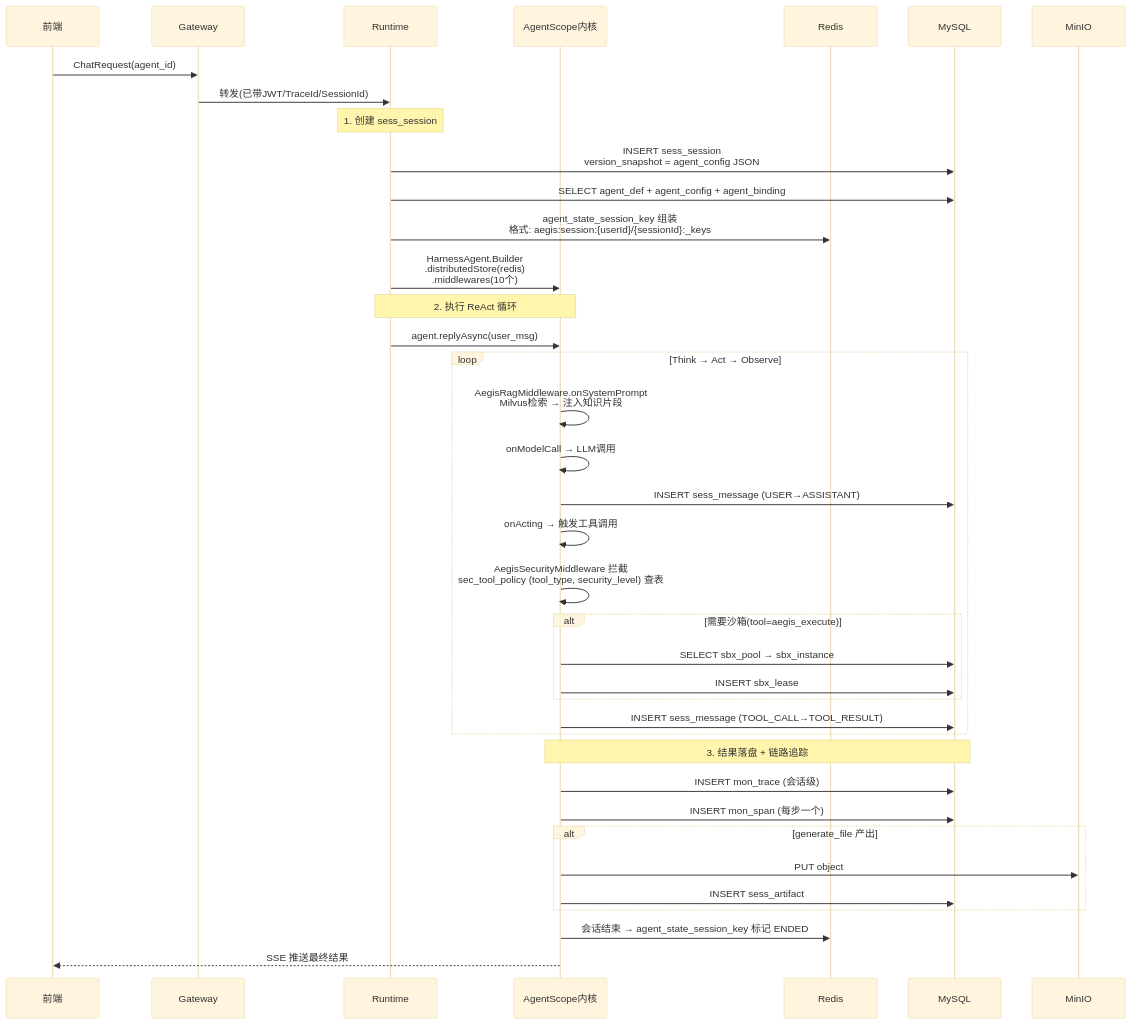
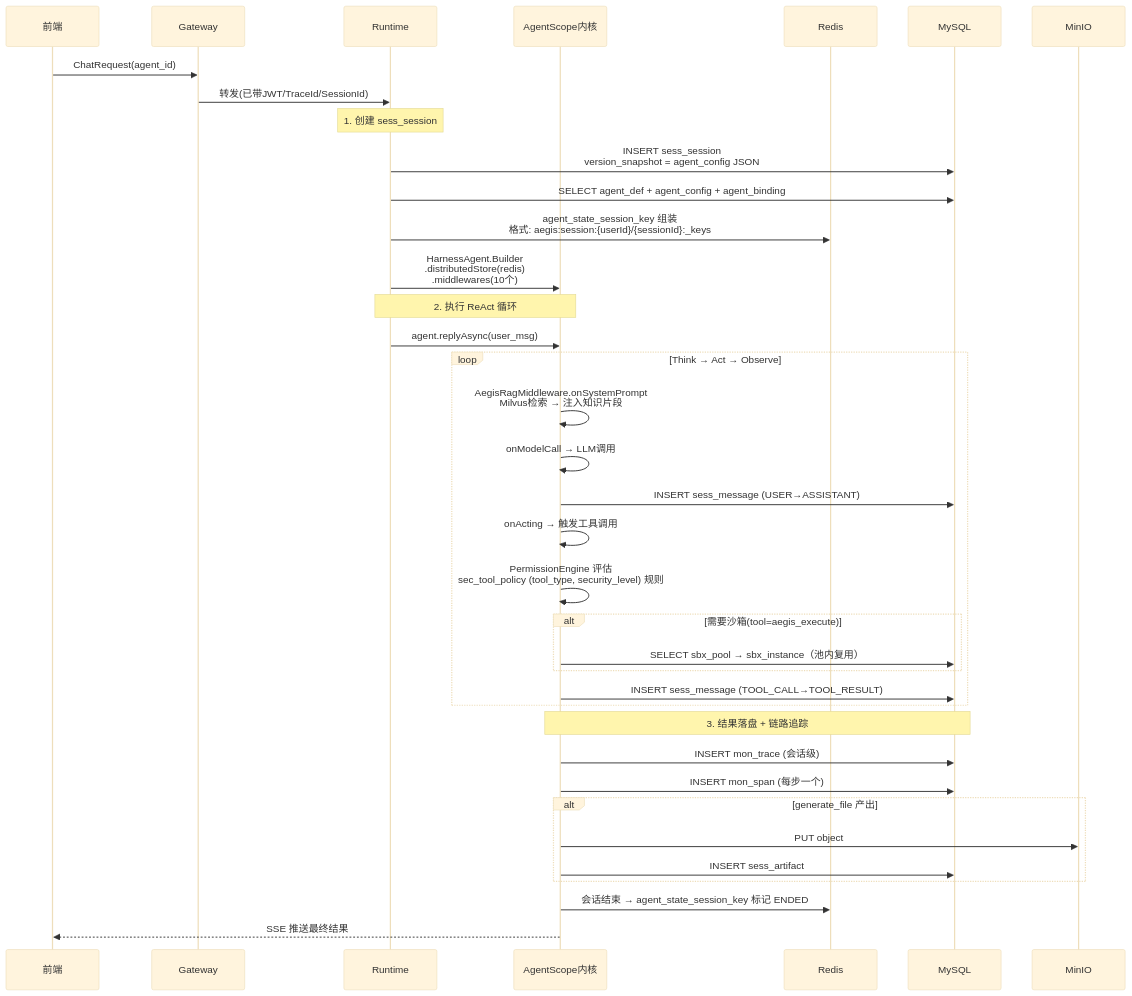
The seventh of 18 diagrams in docs/data-model.md (HarnessAgentStack/AegisAgent), drawn with Mermaid (base theme) before and after one commit. The commit also changed other lines of this file and 5 other files, not shown here.

````diff
--- a/docs/data-model.md
+++ b/docs/data-model.md
@@ -363,44 +363,43 @@
 ```mermaid
 sequenceDiagram
     participant FE as 前端
     participant GW as Gateway
     participant RT as Runtime
     participant AS as AgentScope内核
     participant Redis as Redis
     participant MySQL as MySQL
     participant MinIO as MinIO
 
     FE->>GW: ChatRequest(agent_id)
     GW->>RT: 转发(已带JWT/TraceId/SessionId)
 
     Note over RT: 1. 创建 sess_session
     RT->>MySQL: INSERT sess_session<br/>version_snapshot = agent_config JSON
     RT->>MySQL: SELECT agent_def + agent_config + agent_binding
     RT->>Redis: agent_state_session_key 组装<br/>格式: aegis:session:{userId}/{sessionId}:_keys
     RT->>AS: HarnessAgent.Builder<br/>.distributedStore(redis)<br/>.middlewares(10个)
 
     Note over RT,AS: 2. 执行 ReAct 循环
     RT->>AS: agent.replyAsync(user_msg)
     loop Think → Act → Observe
         AS->>AS: AegisRagMiddleware.onSystemPrompt<br/>Milvus检索 → 注入知识片段
         AS->>AS: onModelCall → LLM调用
         AS->>MySQL: INSERT sess_message (USER→ASSISTANT)
         AS->>AS: onActing → 触发工具调用
-        AS->>AS: AegisSecurityMiddleware 拦截<br/>sec_tool_policy (tool_type, security_level) 查表
+        AS->>AS: PermissionEngine 评估<br/>sec_tool_policy (tool_type, security_level) 规则
         alt 需要沙箱(tool=aegis_execute)
-            AS->>MySQL: SELECT sbx_pool → sbx_instance
-            AS->>MySQL: INSERT sbx_lease
+            AS->>MySQL: SELECT sbx_pool → sbx_instance（池内复用）
         end
         AS->>MySQL: INSERT sess_message (TOOL_CALL→TOOL_RESULT)
     end
 
     Note over AS,MySQL: 3. 结果落盘 + 链路追踪
     AS->>MySQL: INSERT mon_trace (会话级)
     AS->>MySQL: INSERT mon_span (每步一个)
     alt generate_file 产出
         AS->>MinIO: PUT object
         AS->>MySQL: INSERT sess_artifact
     end
     AS->>Redis: 会话结束 → agent_state_session_key 标记 ENDED
     AS-->>FE: SSE 推送最终结果
 ```
````
